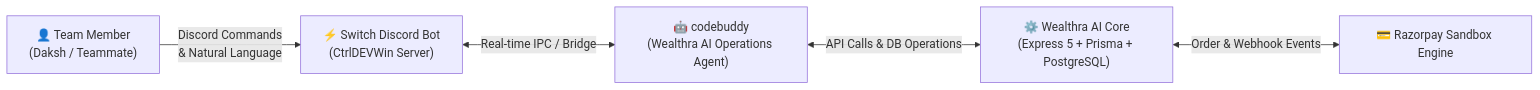
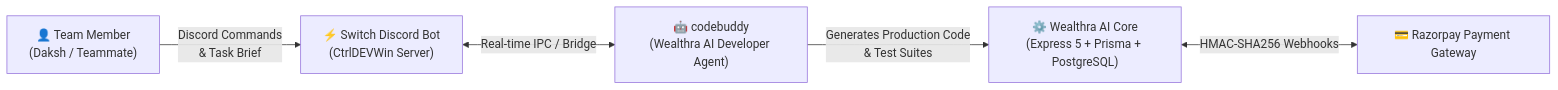
The first of 2 diagrams in SWITCH_README.md (aryan24cse109-dev/Wealthra-ai), drawn with Mermaid before and after one commit. The commit also changed other lines of this file, not shown here.

Commit message:
docs: update SWITCH_README with Option 1 Razorpay webhook engineering prompt

````diff
--- a/SWITCH_README.md
+++ b/SWITCH_README.md
@@ -21,7 +21,7 @@
 ```mermaid
 flowchart LR
-    Dev["👤 Team Member\n(Daksh / Teammate)"] -->|Discord Commands\n& Natural Language| SwitchBot["⚡ Switch Discord Bot\n(CtrlDEVWin Server)"]
-    SwitchBot <-->|Real-time IPC / Bridge| CodeBuddy["🤖 codebuddy\n(Wealthra AI Operations Agent)"]
-    CodeBuddy <-->|API Calls & DB Operations| Backend["⚙️ Wealthra AI Core\n(Express 5 + Prisma + PostgreSQL)"]
-    Backend <-->|Order & Webhook Events| RZP["💳 Razorpay Sandbox Engine"]
+    Dev["👤 Team Member\n(Daksh / Teammate)"] -->|Discord Commands\n& Task Brief| SwitchBot["⚡ Switch Discord Bot\n(CtrlDEVWin Server)"]
+    SwitchBot <-->|Real-time IPC / Bridge| CodeBuddy["🤖 codebuddy\n(Wealthra AI Developer Agent)"]
+    CodeBuddy -->|Generates Production Code\n& Test Suites| Backend["⚙️ Wealthra AI Core\n(Express 5 + Prisma + PostgreSQL)"]
+    Backend <-->|HMAC-SHA256 Webhooks| RZP["💳 Razorpay Payment Gateway"]
 ```
````
